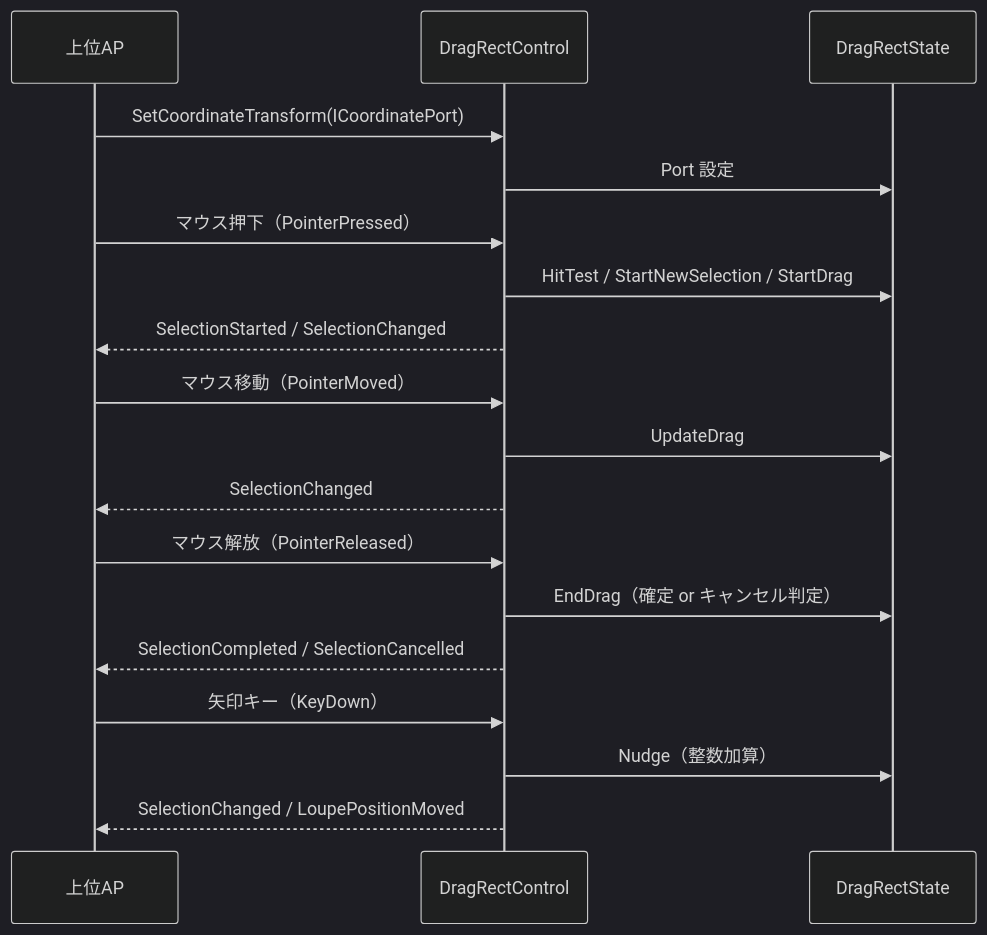
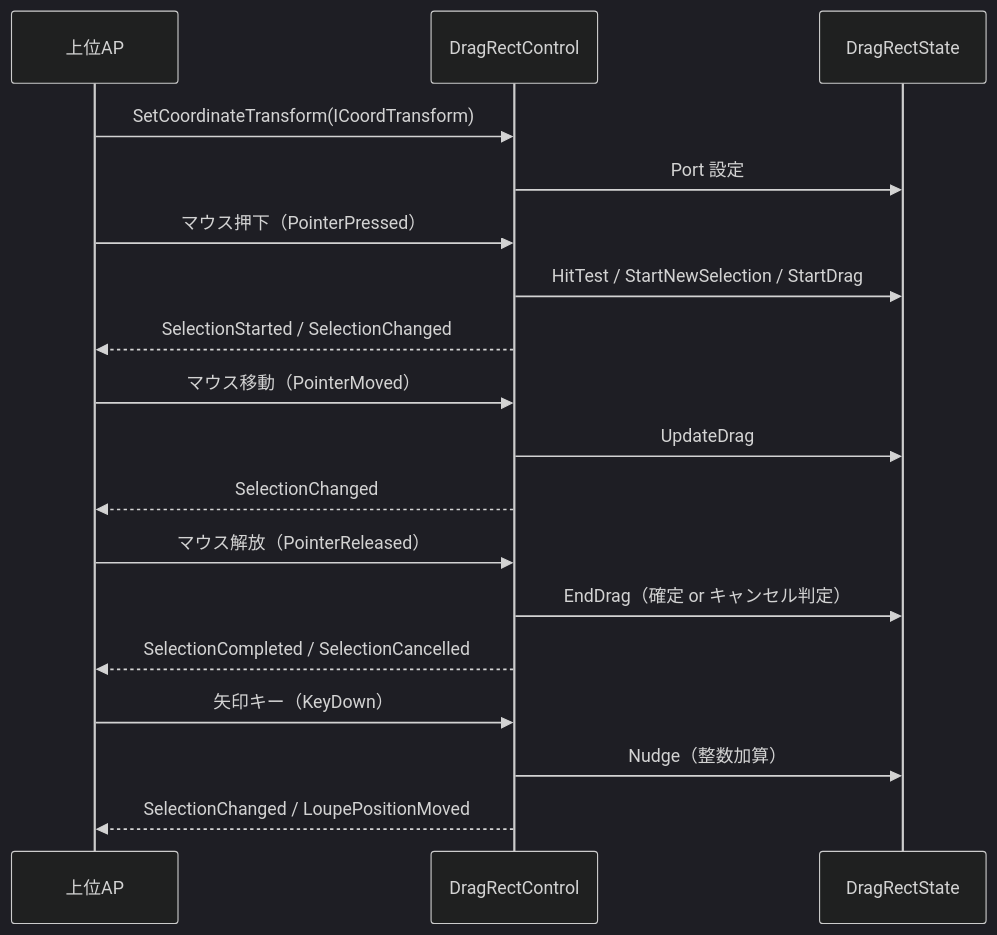
Before and after one commit to tomokuni/SaveEvidence: the second of 2 diagrams in src/DragRectControl/SPEC_System.md, drawn with Mermaid (dark theme). The commit also changed other lines of this file and 50 other files, not shown here.

````diff
--- a/src/DragRectControl/SPEC_System.md
+++ b/src/DragRectControl/SPEC_System.md
@@ -181,25 +178,25 @@
 ```mermaid
 sequenceDiagram
     participant AP as 上位AP
     participant Ctl as DragRectControl
     participant Stt as DragRectState
 
-    AP->>Ctl: SetCoordinateTransform(ICoordinatePort)
+    AP->>Ctl: SetCoordinateTransform(ICoordTransform)
     Ctl->>Stt: Port 設定
 
     AP->>Ctl: マウス押下（PointerPressed）
     Ctl->>Stt: HitTest / StartNewSelection / StartDrag
     Ctl-->>AP: SelectionStarted / SelectionChanged
 
     AP->>Ctl: マウス移動（PointerMoved）
     Ctl->>Stt: UpdateDrag
     Ctl-->>AP: SelectionChanged
 
     AP->>Ctl: マウス解放（PointerReleased）
     Ctl->>Stt: EndDrag（確定 or キャンセル判定）
     Ctl-->>AP: SelectionCompleted / SelectionCancelled
 
     AP->>Ctl: 矢印キー（KeyDown）
     Ctl->>Stt: Nudge（整数加算）
     Ctl-->>AP: SelectionChanged / LoupePositionMoved
 ```
````
